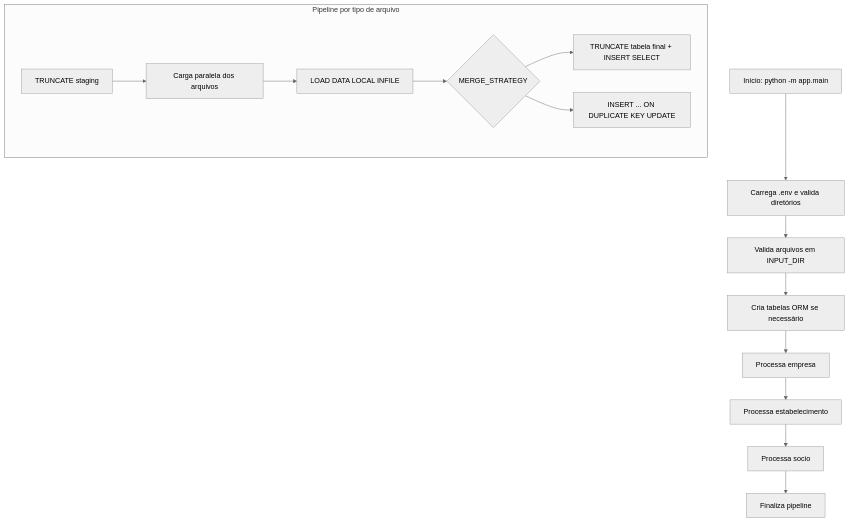
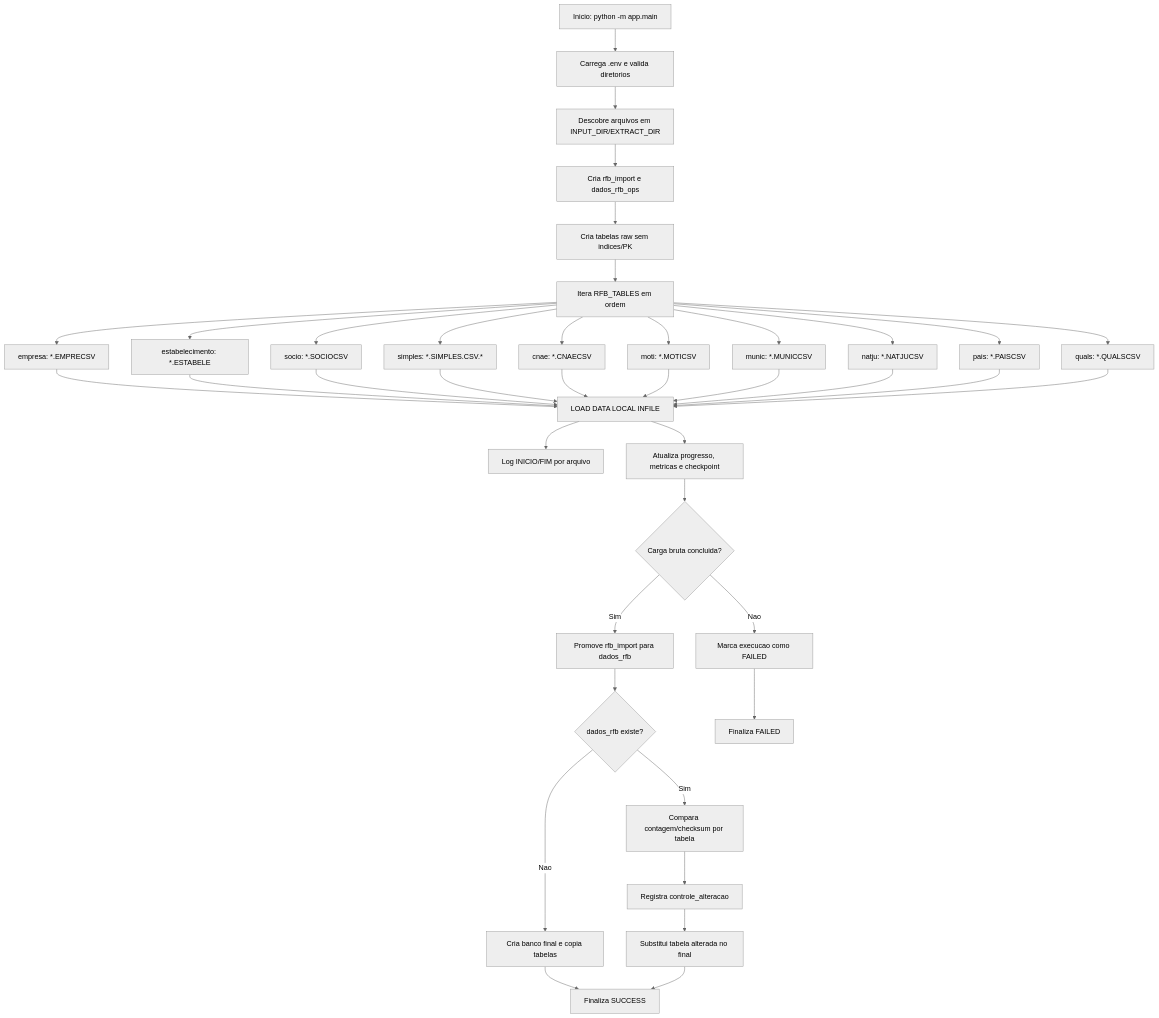
One commit to vrelme/DADOS_RFB changed the diagram in docs/diagrams/etl-flow.mmd. Above: the diagram before and after it, drawn with Mermaid (neutral theme). The commit also changed 9 other files, not shown here.

Commit message:
docs: update v3 raw import architecture

```diff
--- a/docs/diagrams/etl-flow.mmd
+++ b/docs/diagrams/etl-flow.mmd
@@ -1,20 +1,42 @@
 flowchart TD
-    Start["Início: python -m app.main"] --> Env["Carrega .env e valida diretórios"]
-    Env --> Files["Valida arquivos em INPUT_DIR"]
-    Files --> CreateDB["Cria tabelas ORM se necessário"]
-    CreateDB --> Empresa["Processa empresa"]
-    Empresa --> Estab["Processa estabelecimento"]
-    Estab --> Socio["Processa socio"]
-    Socio --> End["Finaliza pipeline"]
+    Start["Inicio: python -m app.main"] --> Env["Carrega .env e valida diretorios"]
+    Env --> Files["Descobre arquivos em INPUT_DIR/EXTRACT_DIR"]
+    Files --> Schemas["Cria rfb_import e dados_rfb_ops"]
+    Schemas --> RawTables["Cria tabelas raw sem indices/PK"]
+    RawTables --> Manifest["Itera RFB_TABLES em ordem"]
 
-    subgraph TablePipeline["Pipeline por tipo de arquivo"]
-        TruncateStaging["TRUNCATE staging"]
-        ParallelLoad["Carga paralela dos arquivos"]
-        LoadData["LOAD DATA LOCAL INFILE"]
-        MergeStrategy{"MERGE_STRATEGY"}
-        FullRefresh["TRUNCATE tabela final + INSERT SELECT"]
-        Upsert["INSERT ... ON DUPLICATE KEY UPDATE"]
-        TruncateStaging --> ParallelLoad --> LoadData --> MergeStrategy
-        MergeStrategy --> FullRefresh
-        MergeStrategy --> Upsert
-    end
+    Manifest --> Empresa["empresa: *.EMPRECSV"]
+    Manifest --> Estab["estabelecimento: *.ESTABELE"]
+    Manifest --> Socio["socio: *.SOCIOCSV"]
+    Manifest --> Simples["simples: *.SIMPLES.CSV.*"]
+    Manifest --> Cnae["cnae: *.CNAECSV"]
+    Manifest --> Moti["moti: *.MOTICSV"]
+    Manifest --> Munic["munic: *.MUNICCSV"]
+    Manifest --> Natju["natju: *.NATJUCSV"]
+    Manifest --> Pais["pais: *.PAISCSV"]
+    Manifest --> Quals["quals: *.QUALSCSV"]
+
+    Empresa --> Load["LOAD DATA LOCAL INFILE"]
+    Estab --> Load
+    Socio --> Load
+    Simples --> Load
+    Cnae --> Load
+    Moti --> Load
+    Munic --> Load
+    Natju --> Load
+    Pais --> Load
+    Quals --> Load
+
+    Load --> LogFile["Log INICIO/FIM por arquivo"]
+    Load --> Ops["Atualiza progresso, metricas e checkpoint"]
+    Ops --> AllOk{"Carga bruta concluida?"}
+    AllOk -->|Sim| Promote["Promove rfb_import para dados_rfb"]
+    AllOk -->|Nao| Fail["Marca execucao como FAILED"]
+    Promote --> Exists{"dados_rfb existe?"}
+    Exists -->|Nao| CopyAll["Cria banco final e copia tabelas"]
+    Exists -->|Sim| Compare["Compara contagem/checksum por tabela"]
+    Compare --> Control["Registra controle_alteracao"]
+    CopyAll --> End["Finaliza SUCCESS"]
+    Control --> Replace["Substitui tabela alterada no final"]
+    Replace --> End
+    Fail --> EndFail["Finaliza FAILED"]
```
